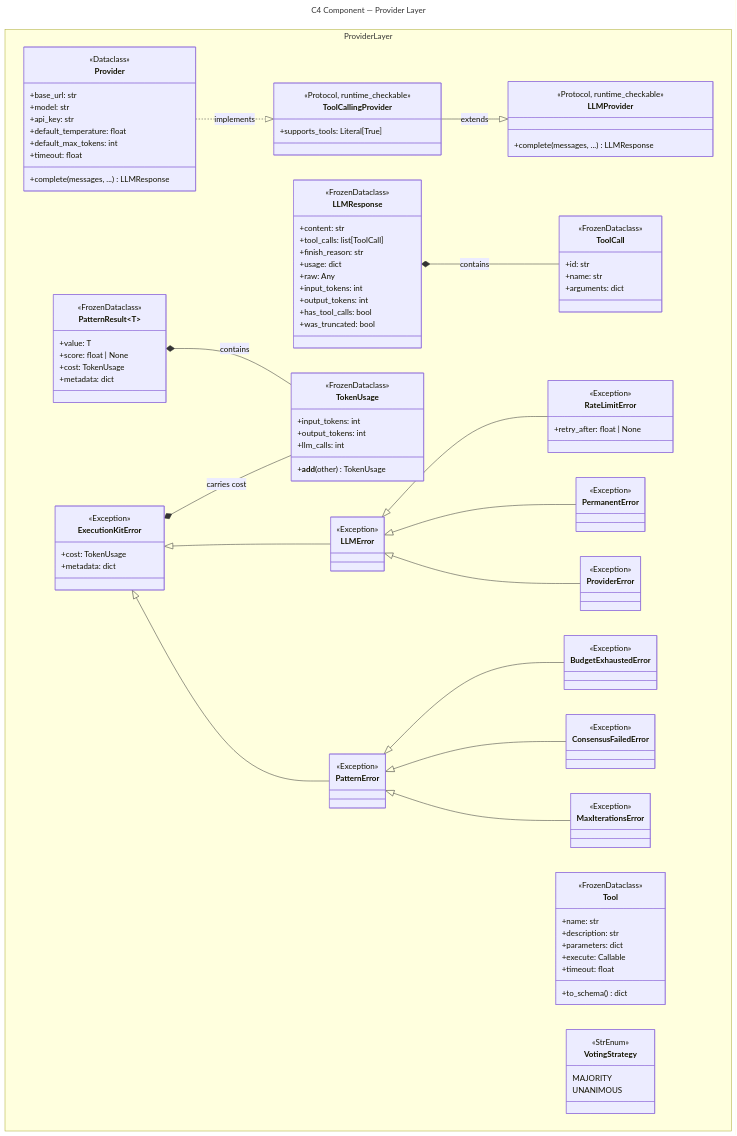
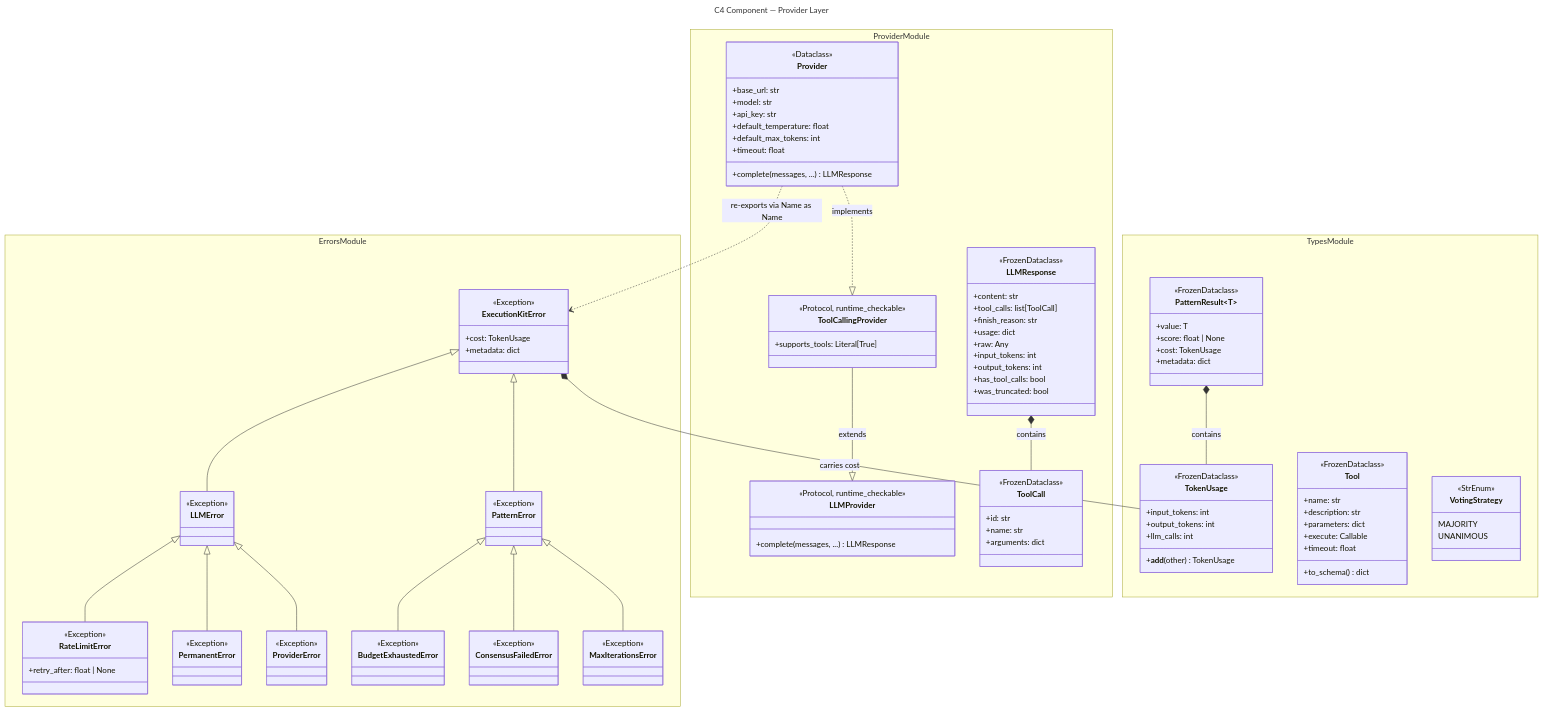
Before and after one commit to tafreeman/executionkit: the diagram in docs/c4/c4-component-provider-layer.md, drawn with Mermaid. The commit also changed other lines of this file and 7 other files, not shown here.

First line of the commit message:
docs: update architecture, API reference, and C4 diagrams post-refactor

````diff
--- a/docs/c4/c4-component-provider-layer.md
+++ b/docs/c4/c4-component-provider-layer.md
@@ -148,7 +151,40 @@
 title: C4 Component — Provider Layer
 ---
 classDiagram
-    namespace ProviderLayer {
+    namespace ErrorsModule {
+        class ExecutionKitError {
+            <<Exception>>
+            +cost: TokenUsage
+            +metadata: dict
+        }
+        class LLMError {
+            <<Exception>>
+        }
+        class RateLimitError {
+            <<Exception>>
+            +retry_after: float | None
+        }
+        class PermanentError {
+            <<Exception>>
+        }
+        class ProviderError {
+            <<Exception>>
+        }
+        class PatternError {
+            <<Exception>>
+        }
+        class BudgetExhaustedError {
+            <<Exception>>
+        }
+        class ConsensusFailedError {
+            <<Exception>>
+        }
+        class MaxIterationsError {
+            <<Exception>>
+        }
+    }
+
+    namespace ProviderModule {
         class LLMProvider {
             <<Protocol, runtime_checkable>>
             +complete(messages, ...) LLMResponse
@@ -185,6 +221,9 @@
             +name: str
             +arguments: dict
         }
+    }
+
+    namespace TypesModule {
         class PatternResult~T~ {
             <<FrozenDataclass>>
             +value: T
@@ -213,42 +252,9 @@
             MAJORITY
             UNANIMOUS
         }
-        class ExecutionKitError {
-            <<Exception>>
-            +cost: TokenUsage
-            +metadata: dict
-        }
-        class LLMError {
-            <<Exception>>
-        }
-        class RateLimitError {
-            <<Exception>>
-            +retry_after: float | None
-        }
-        class PermanentError {
-            <<Exception>>
-        }
-        class ProviderError {
-            <<Exception>>
-        }
-        class PatternError {
-            <<Exception>>
-        }
-        class BudgetExhaustedError {
-            <<Exception>>
-        }
-        class ConsensusFailedError {
-            <<Exception>>
-        }
-        class MaxIterationsError {
-            <<Exception>>
-        }
     }
 
-    ToolCallingProvider --|> LLMProvider : extends
-    Provider ..|> ToolCallingProvider : implements
-    LLMResponse *-- ToolCall : contains
-    PatternResult *-- TokenUsage : contains
+    %% errors.py hierarchy
     ExecutionKitError <|-- LLMError
     ExecutionKitError <|-- PatternError
     LLMError <|-- RateLimitError
@@ -258,4 +264,13 @@
     PatternError <|-- ConsensusFailedError
     PatternError <|-- MaxIterationsError
     ExecutionKitError *-- TokenUsage : carries cost
+
+    %% provider.py re-exports exceptions from errors.py (Name as Name)
+    Provider ..|> ToolCallingProvider : implements
+    ToolCallingProvider --|> LLMProvider : extends
+    LLMResponse *-- ToolCall : contains
+    PatternResult *-- TokenUsage : contains
+
+    %% provider.py imports from errors.py
+    Provider ..> ExecutionKitError : re-exports via Name as Name
 ```
````
